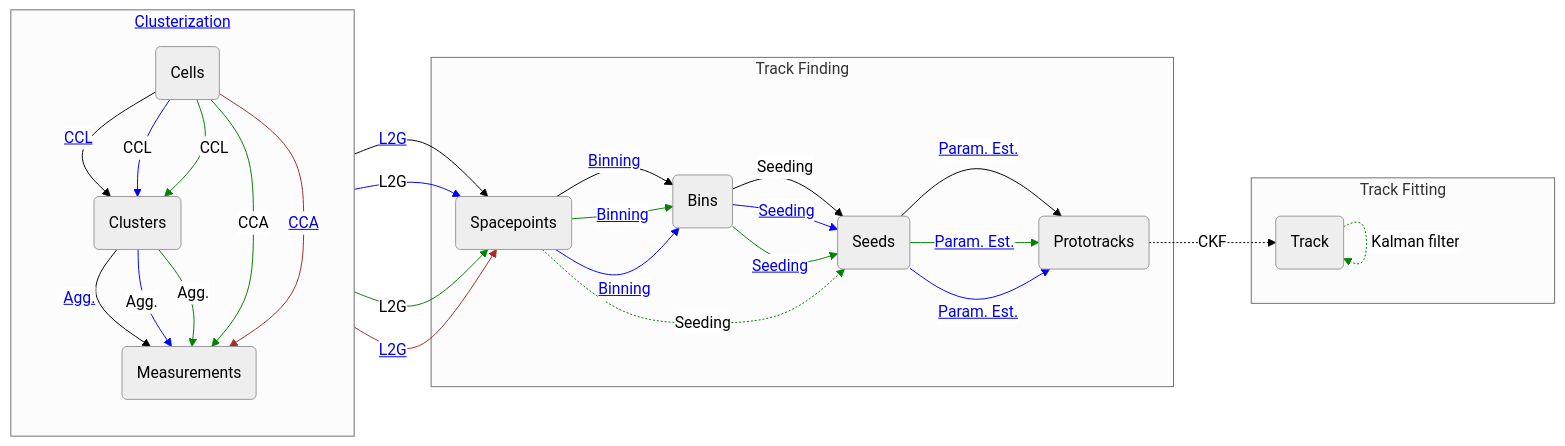
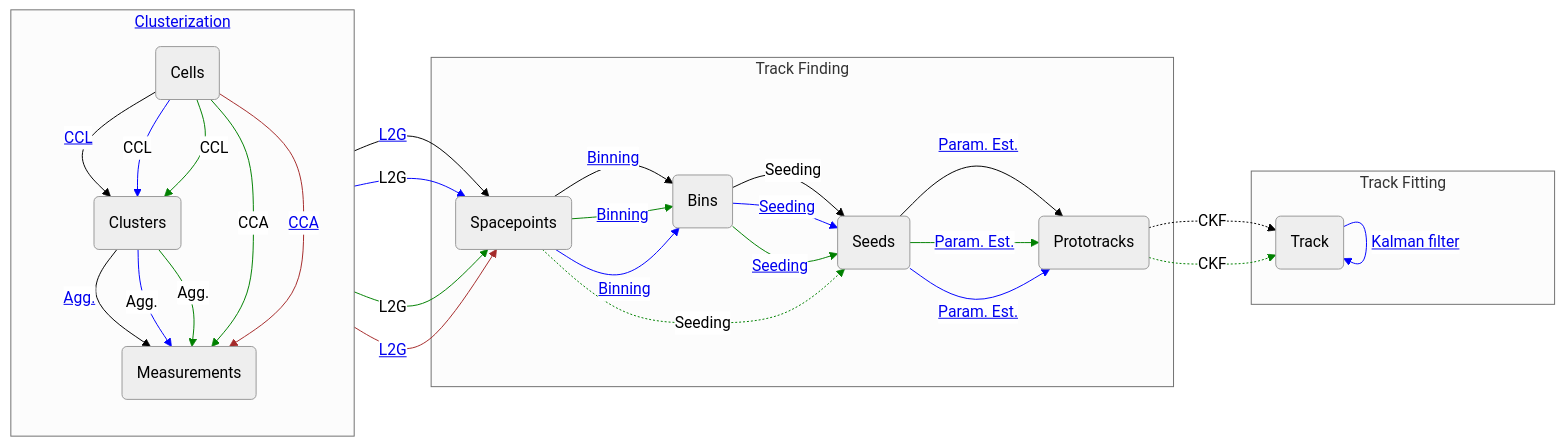
The diagram in README.md (acts-project/traccc), drawn with Mermaid (neutral theme) before and after one commit. The commit also changed other lines of this file, not shown here.

````diff
--- a/README.md
+++ b/README.md
@@ -129,11 +129,11 @@
     linkStyle 18 stroke: black;
 
     %% CPU Kalman filter
-    track -.->|Kalman filter| track;
+    track -->|<a href='https://github.com/acts-project/traccc/blob/main/core/include/traccc/fitting/fitting_algorithm.hpp'>Kalman filter</a>| track;
     linkStyle 19 stroke: black;
 
-    %% CUDA kalman filter
-    track -.->|Kalman filter| track;
+    %% CUDA Kalman filter
+    track -->|<a href='https://github.com/acts-project/traccc/blob/main/device/cuda/include/traccc/cuda/fitting/fitting_algorithm.hpp'>Kalman filter</a>| track;
     linkStyle 20 stroke: green;
 
     %% SYCL binning
@@ -151,4 +151,12 @@
     %% Futhark spacepoint creation
     meas -->|<a href='https://github.com/acts-project/traccc/blob/main/device/futhark/src/spacepoint_formation.fut'>L2G</a>| sp;
     linkStyle 24 stroke: brown;
+
+    %% SYCL Kalman filter
+    track -->|<a href='https://github.com/acts-project/traccc/blob/main/device/sycl/include/traccc/sycl/fitting/fitting_algorithm.hpp'>Kalman filter</a>| track;
+    linkStyle 25 stroke: blue;
+
+    %% CUDA CKF
+    ptrack -.->|CKF| track;
+    linkStyle 26 stroke: green;
 ```
````
